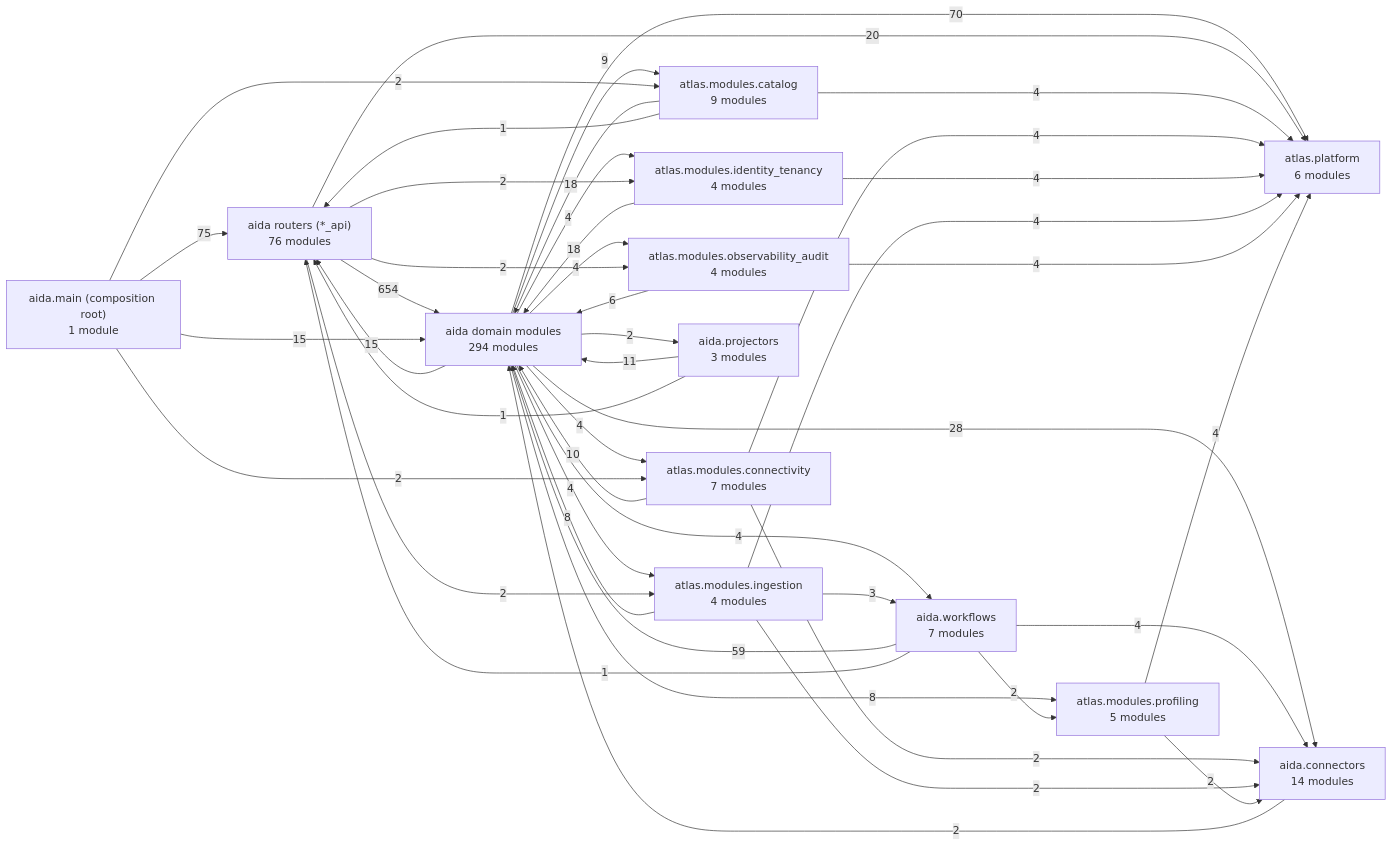
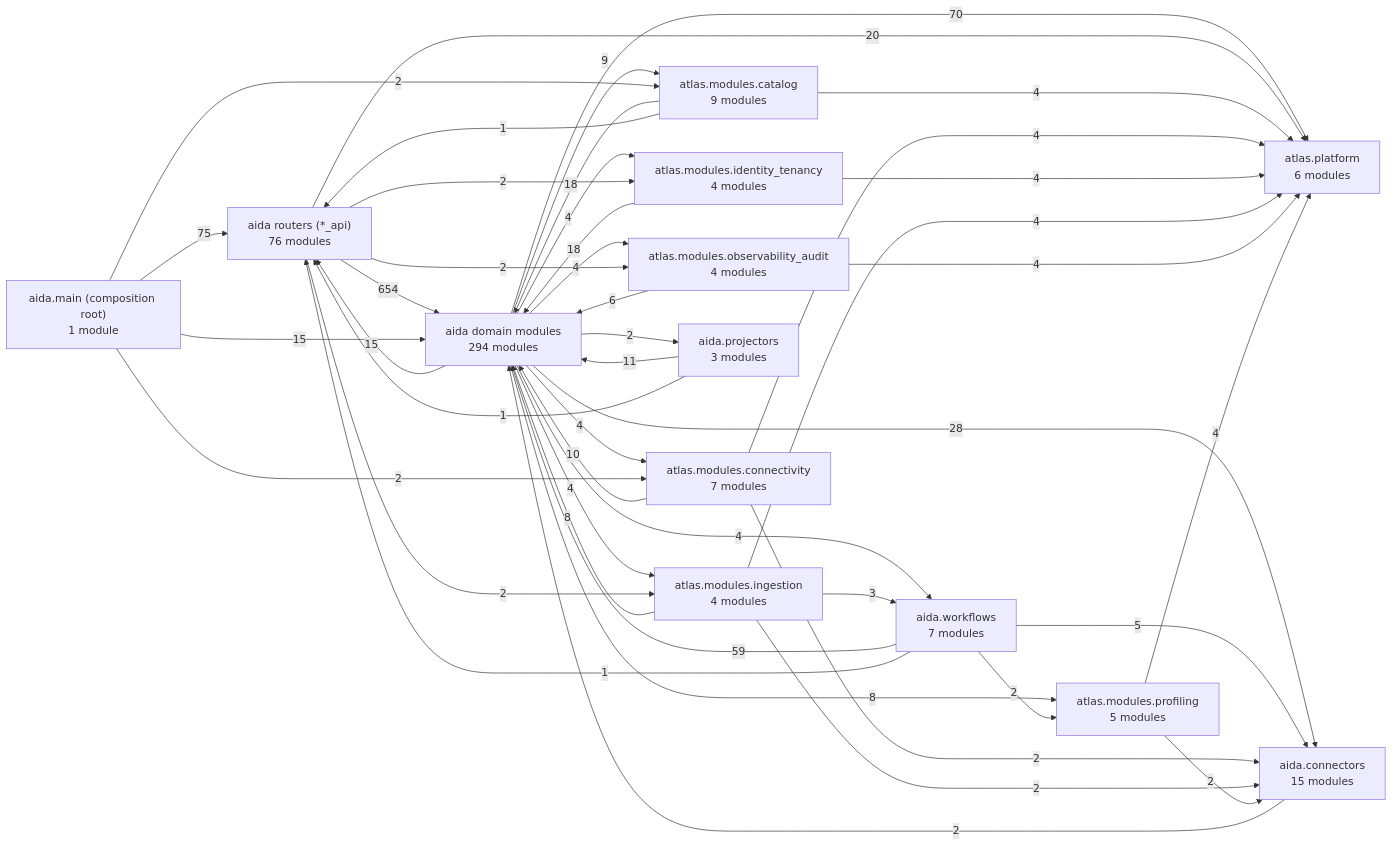
One commit to karuppusamym/AIDataAnalyst changed the first of 3 diagrams in Docs/10-architecture/14-generated-architecture-map.md. Above: the diagram before and after it, drawn with Mermaid. The commit also changed other lines of this file and 10 other files, not shown here.

````diff
--- a/Docs/10-architecture/14-generated-architecture-map.md
+++ b/Docs/10-architecture/14-generated-architecture-map.md
@@ -48,59 +48,59 @@
 ```mermaid
 graph LR
   app["aida.main (composition root)<br/>1 module"]
   routers["aida routers (*_api)<br/>76 modules"]
   domain["aida domain modules<br/>294 modules"]
   ctx_catalog["atlas.modules.catalog<br/>9 modules"]
   ctx_connectivity["atlas.modules.connectivity<br/>7 modules"]
   ctx_identity_tenancy["atlas.modules.identity_tenancy<br/>4 modules"]
   ctx_ingestion["atlas.modules.ingestion<br/>4 modules"]
   ctx_observability_audit["atlas.modules.observability_audit<br/>4 modules"]
   ctx_profiling["atlas.modules.profiling<br/>5 modules"]
-  connectors["aida.connectors<br/>14 modules"]
+  connectors["aida.connectors<br/>15 modules"]
   workflows["aida.workflows<br/>7 modules"]
   projectors["aida.projectors<br/>3 modules"]
   platform["atlas.platform<br/>6 modules"]
   routers -->|654| domain
   app -->|75| routers
   domain -->|70| platform
   workflows -->|59| domain
   domain -->|28| connectors
   routers -->|20| platform
   ctx_catalog -->|18| domain
   ctx_identity_tenancy -->|18| domain
   app -->|15| domain
   domain -->|15| routers
   projectors -->|11| domain
   ctx_connectivity -->|10| domain
   domain -->|9| ctx_catalog
   ctx_ingestion -->|8| domain
   domain -->|8| ctx_profiling
   ctx_observability_audit -->|6| domain
+  workflows -->|5| connectors
   ctx_catalog -->|4| platform
   ctx_connectivity -->|4| platform
   ctx_identity_tenancy -->|4| platform
   ctx_ingestion -->|4| platform
   ctx_observability_audit -->|4| platform
   ctx_profiling -->|4| platform
   domain -->|4| ctx_connectivity
   domain -->|4| ctx_identity_tenancy
   domain -->|4| ctx_ingestion
   domain -->|4| ctx_observability_audit
   domain -->|4| workflows
-  workflows -->|4| connectors
   ctx_ingestion -->|3| workflows
   app -->|2| ctx_catalog
   app -->|2| ctx_connectivity
   connectors -->|2| domain
   ctx_connectivity -->|2| connectors
   ctx_ingestion -->|2| connectors
   ctx_profiling -->|2| connectors
   domain -->|2| projectors
   routers -->|2| ctx_identity_tenancy
   routers -->|2| ctx_ingestion
   routers -->|2| ctx_observability_audit
   workflows -->|2| ctx_profiling
   ctx_catalog -->|1| routers
   projectors -->|1| routers
   workflows -->|1| routers
 ```
````
